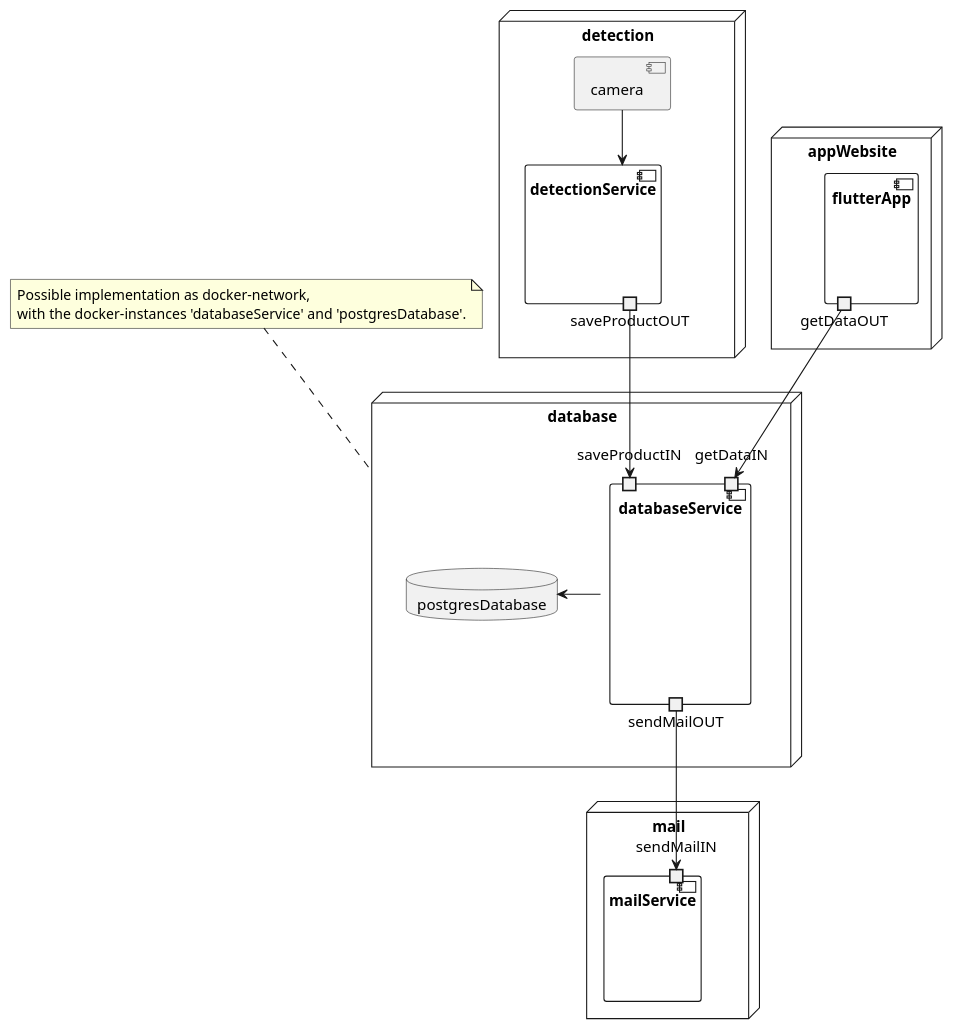
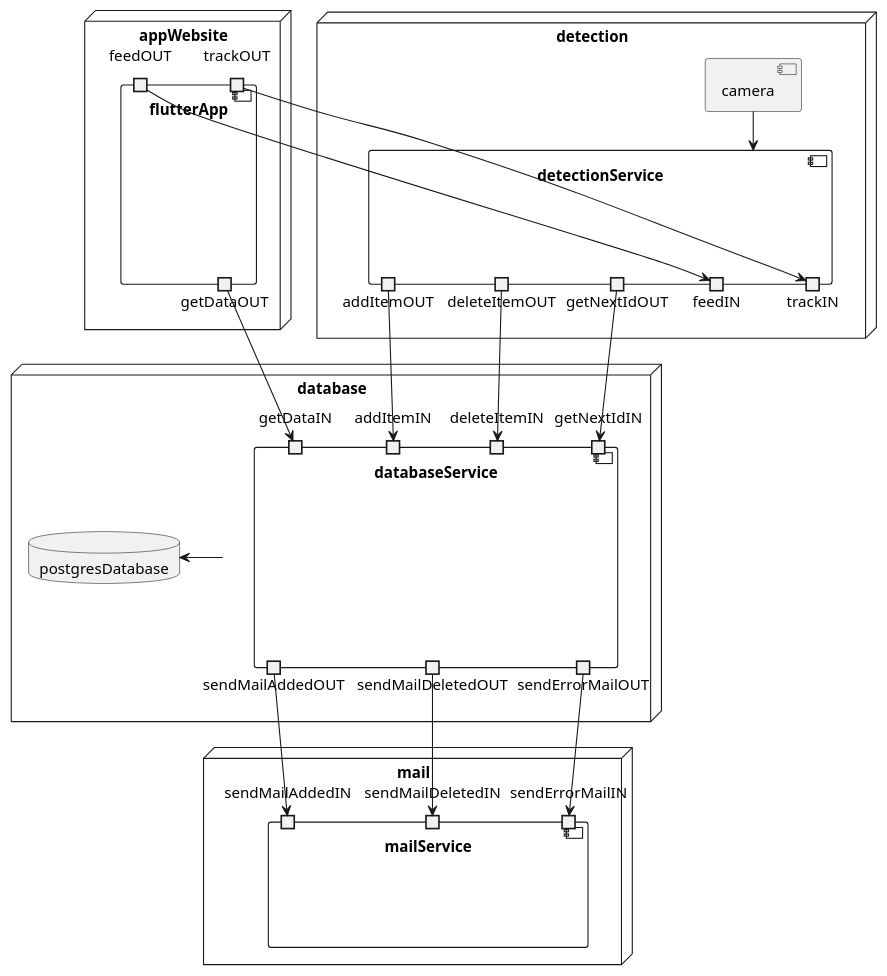
Before and after one commit to Marcey1611/stock-tracker-project-sysad-ws2425: the diagram in doc/documentation/componentsDiagramm.puml, drawn with PlantUML.

Commit message:
SYSAD-41: Updated components diagram

```diff
--- a/doc/documentation/componentsDiagramm.puml
+++ b/doc/documentation/componentsDiagramm.puml
@@ -1,36 +1,59 @@
 @startuml
 
 node detection {
     component camera
     component detectionService {
-        portout saveProductOUT
+        portout addItemOUT
+        portout deleteItemOUT
+        portout getNextIdOUT
+        portout feedIN
+        portout trackIN
     }
 }
 node database {
     database postgresDatabase
     component databaseService{
-        portin saveProductIN
+        portin addItemIN
+        portin deleteItemIN
+        portin getNextIdIN
+
         portin getDataIN
-        portout sendMailOUT
+
+        portout sendMailAddedOUT
+        portout sendMailDeletedOUT
+        portout sendErrorMailOUT
     }
 }
 node mail {
     component mailService{
-        portin sendMailIN
+        portin sendMailAddedIN
+        portin sendMailDeletedIN
+        portin sendErrorMailIN
     }
 }
 node appWebsite {
     component flutterApp {
         portout getDataOUT
+        portin feedOUT
+        portin trackOUT
     }
 }
 
 camera -down-> detectionService
-saveProductOUT -down-> saveProductIN
+
+addItemOUT -down-> addItemIN
+deleteItemOUT -down-> deleteItemIN
+getNextIdOUT -down-> getNextIdIN
+
 getDataOUT -down-> getDataIN
-sendMailOUT -down-> sendMailIN
+
+feedOUT -right-> feedIN
+trackOUT -right-> trackIN
+
+sendMailAddedOUT -down-> sendMailAddedIN 
+sendMailDeletedOUT -down-> sendMailDeletedIN
+sendErrorMailOUT -down-> sendErrorMailIN
+
 databaseService -left-> postgresDatabase
 
-note top of database: Possible implementation as docker-network, \nwith the docker-instances 'databaseService' and 'postgresDatabase'.
-
 @enduml
```
